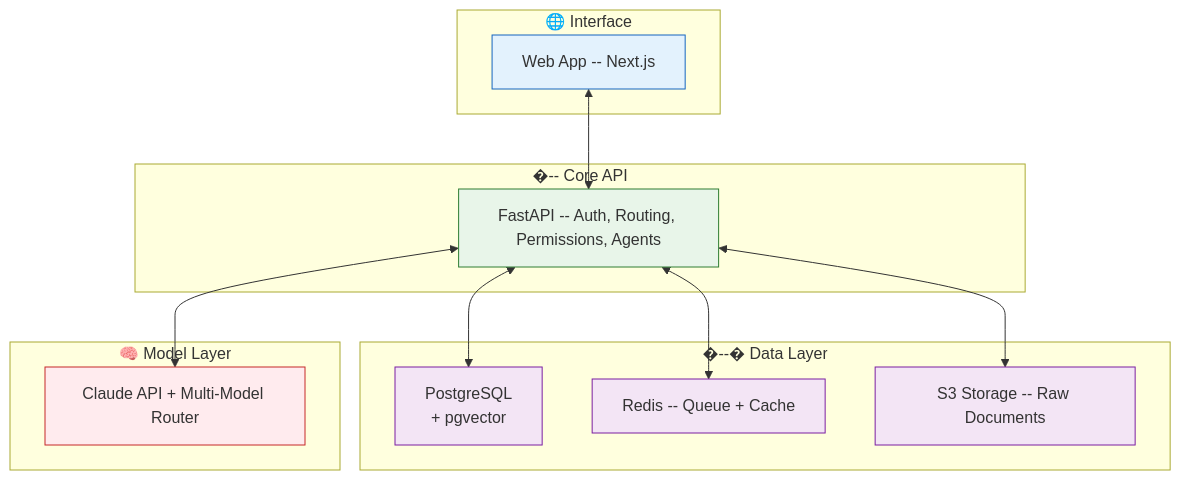
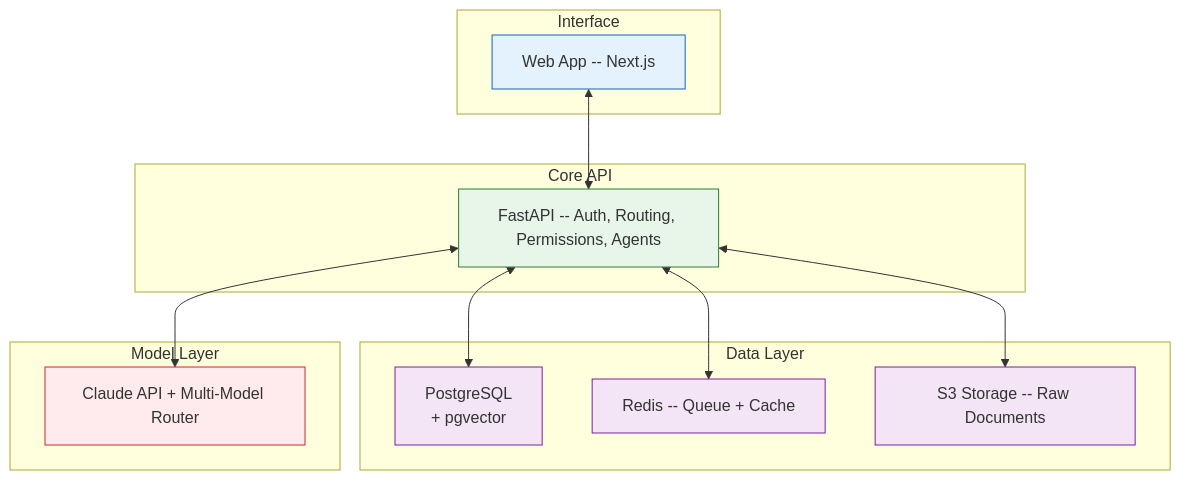
Before and after one commit to Driftloom/Vaeloom: the diagram in docs/vaeloom-documentation-site.md, drawn with Mermaid. The commit also changed other lines of this file and 694 other files, not shown here.

First line of the commit message:
docs: mermaid standardization — encoding/mermaid/duplicate cleanup

````diff
--- a/docs/vaeloom-documentation-site.md
+++ b/docs/vaeloom-documentation-site.md
@@ -89,34 +89,34 @@
 ```mermaid
 graph TD
-    subgraph Interface["🌐 Interface"]
-        I1["Web App -- Next.js"]
-    end
-    subgraph API["�-- Core API"]
-        A1["FastAPI -- Auth, Routing, Permissions, Agents"]
-    end
-    subgraph Data["�--�️ Data Layer"]
-        D1["PostgreSQL<br/>+ pgvector"]
-        D2["Redis -- Queue + Cache"]
-        D3["S3 Storage -- Raw Documents"]
-    end
-    subgraph Models["🧠 Model Layer"]
-        M1["Claude API + Multi-Model Router"]
-    end
+ subgraph Interface["Interface"]
+ I1["Web App -- Next.js"]
+ end
+ subgraph API["Core API"]
+ A1["FastAPI -- Auth, Routing, Permissions, Agents"]
+ end
+ subgraph Data["Data Layer"]
+ D1["PostgreSQL<br/>+ pgvector"]
+ D2["Redis -- Queue + Cache"]
+ D3["S3 Storage -- Raw Documents"]
+ end
+ subgraph Models["Model Layer"]
+ M1["Claude API + Multi-Model Router"]
+ end
 
-    I1 <--> A1
-    A1 <--> M1
-    A1 <--> D1
-    A1 <--> D2
-    A1 <--> D3
+ I1 <--> A1
+ A1 <--> M1
+ A1 <--> D1
+ A1 <--> D2
+ A1 <--> D3
 
-    classDef interface fill:#e3f2fd,stroke:#1565c0
-    classDef api fill:#e8f5e9,stroke:#2e7d32
-    classDef ai fill:#fff3e0,stroke:#e65100
-    classDef data fill:#f3e5f5,stroke:#7b1fa2
-    classDef model fill:#ffebee,stroke:#c62828
+ classDef interface fill:#e3f2fd,stroke:#1565c0
+ classDef api fill:#e8f5e9,stroke:#2e7d32
+ classDef ai fill:#fff3e0,stroke:#e65100
+ classDef data fill:#f3e5f5,stroke:#7b1fa2
+ classDef model fill:#ffebee,stroke:#c62828
 
-    class I1 interface
-    class A1 api
-    class D1,D2,D3 data
-    class M1 model
+ class I1 interface
+ class A1 api
+ class D1,D2,D3 data
+ class M1 model
 ```
````
